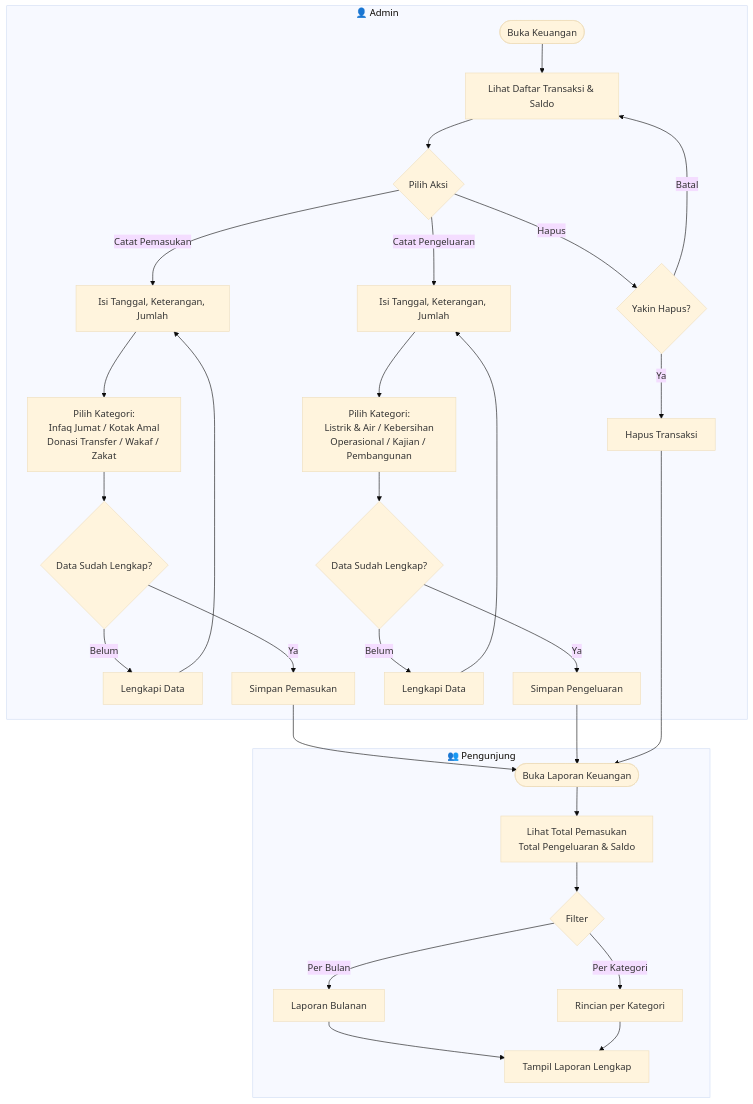
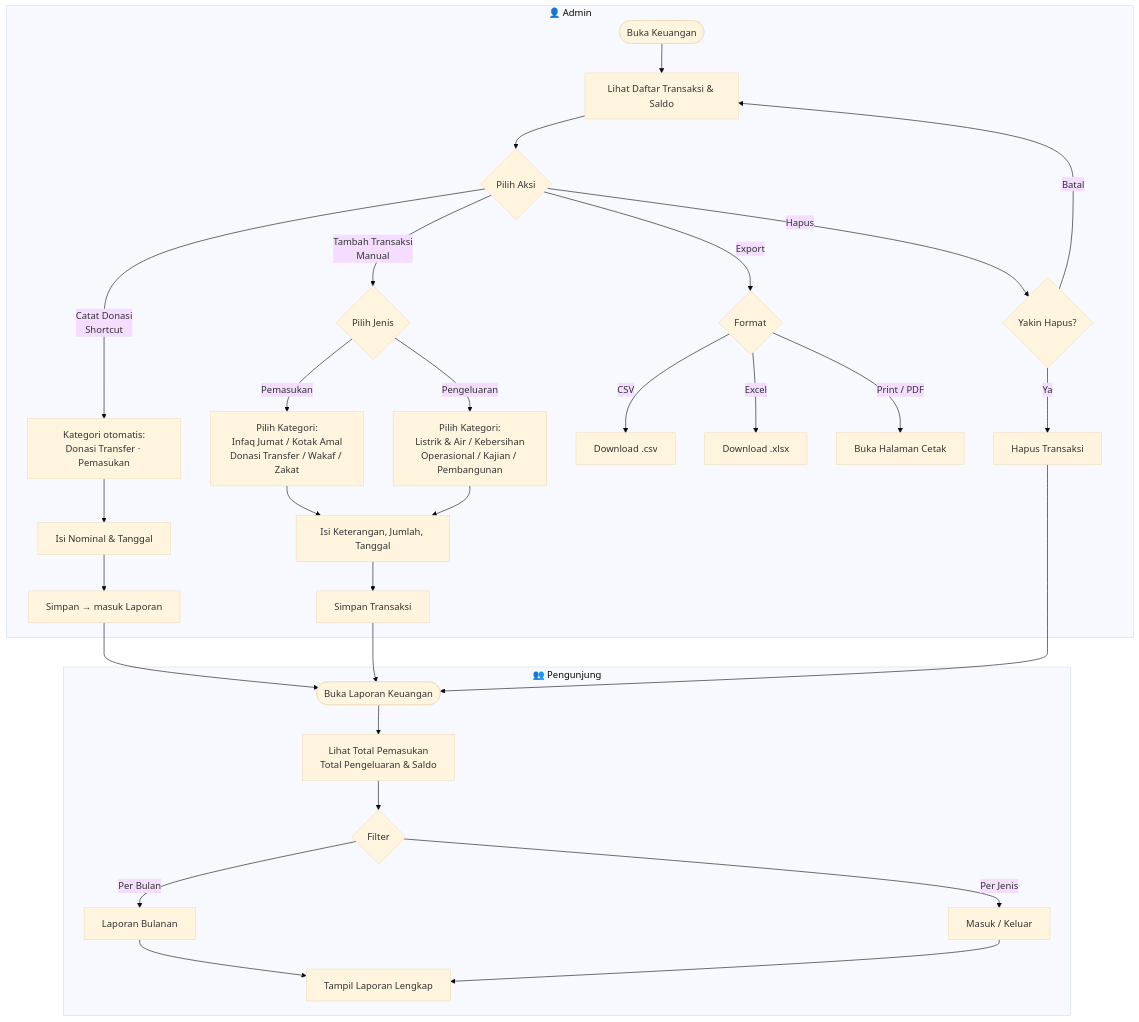
Before and after one commit to nabilhatami86/masjid-al-hidayah: the fifth of 7 diagrams in ERD.md, drawn with Mermaid (base theme). The commit also changed other lines of this file and 4 other files, not shown here.

Commit message:
feat: add export data

````diff
--- a/ERD.md
+++ b/ERD.md
@@ -300,38 +300,40 @@
 ```mermaid
 flowchart TD
     subgraph ADMIN["👤 Admin"]
         A1([Buka Keuangan]) --> A2[Lihat Daftar Transaksi & Saldo]
         A2 --> A3{Pilih Aksi}
 
-        A3 -- Catat Pemasukan --> A4[Isi Tanggal, Keterangan, Jumlah]
-        A4 --> A5[Pilih Kategori:\nInfaq Jumat / Kotak Amal\nDonasi Transfer / Wakaf / Zakat]
-        A5 --> A6{Data Sudah Lengkap?}
-        A6 -- Belum --> A7[Lengkapi Data]
-        A7 --> A4
-        A6 -- Ya --> A8[Simpan Pemasukan]
+        A3 -- Catat Donasi\nShortcut --> A4[Kategori otomatis:\nDonasi Transfer · Pemasukan]
+        A4 --> A5[Isi Nominal & Tanggal]
+        A5 --> A6[Simpan → masuk Laporan]
 
-        A3 -- Catat Pengeluaran --> A9[Isi Tanggal, Keterangan, Jumlah]
-        A9 --> A10[Pilih Kategori:\nListrik & Air / Kebersihan\nOperasional / Kajian / Pembangunan]
-        A10 --> A11{Data Sudah Lengkap?}
-        A11 -- Belum --> A12[Lengkapi Data]
-        A12 --> A9
-        A11 -- Ya --> A13[Simpan Pengeluaran]
+        A3 -- Tambah Transaksi\nManual --> A7{Pilih Jenis}
+        A7 -- Pemasukan --> A8[Pilih Kategori:\nInfaq Jumat / Kotak Amal\nDonasi Transfer / Wakaf / Zakat]
+        A7 -- Pengeluaran --> A9[Pilih Kategori:\nListrik & Air / Kebersihan\nOperasional / Kajian / Pembangunan]
+        A8 --> A10[Isi Keterangan, Jumlah, Tanggal]
+        A9 --> A10
+        A10 --> A11[Simpan Transaksi]
 
-        A3 -- Hapus --> A14{Yakin Hapus?}
-        A14 -- Batal --> A2
-        A14 -- Ya --> A15[Hapus Transaksi]
+        A3 -- Export --> A12{Format}
+        A12 -- CSV --> A13[Download .csv]
+        A12 -- Excel --> A14[Download .xlsx]
+        A12 -- Print / PDF --> A15[Buka Halaman Cetak]
+
+        A3 -- Hapus --> A16{Yakin Hapus?}
+        A16 -- Batal --> A2
+        A16 -- Ya --> A17[Hapus Transaksi]
     end
 
     subgraph PUBLIK["👥 Pengunjung"]
         P1([Buka Laporan Keuangan]) --> P2[Lihat Total Pemasukan\nTotal Pengeluaran & Saldo]
         P2 --> P3{Filter}
         P3 -- Per Bulan --> P4[Laporan Bulanan]
-        P3 -- Per Kategori --> P5[Rincian per Kategori]
+        P3 -- Per Jenis --> P5[Masuk / Keluar]
         P4 --> P6[Tampil Laporan Lengkap]
         P5 --> P6
     end
 
-    A8 --> P1
-    A13 --> P1
-    A15 --> P1
+    A6 --> P1
+    A11 --> P1
+    A17 --> P1
 ```
````
